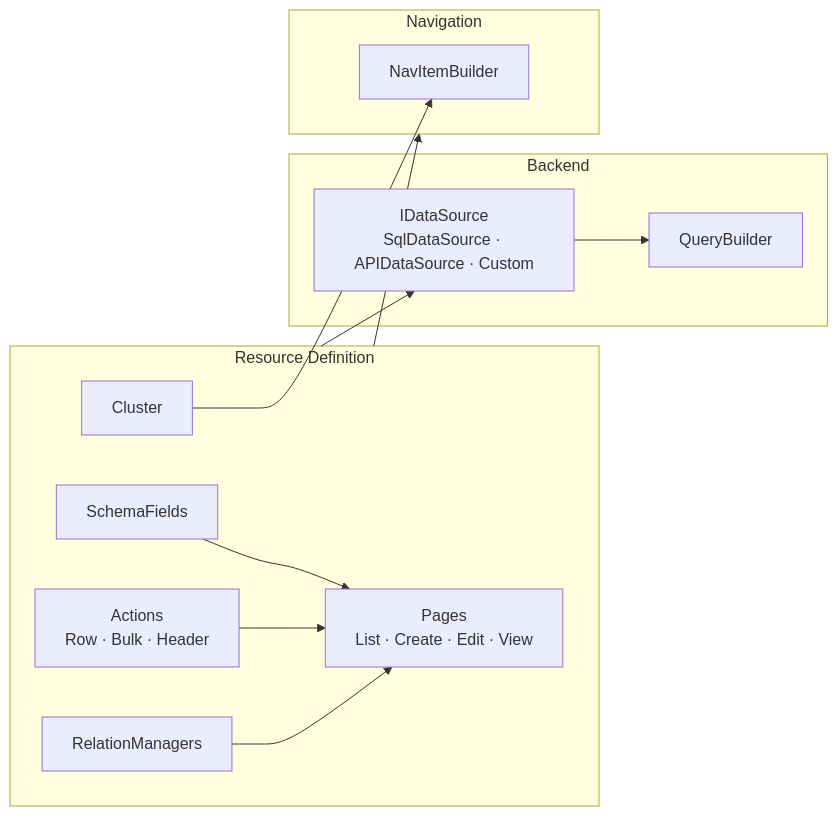
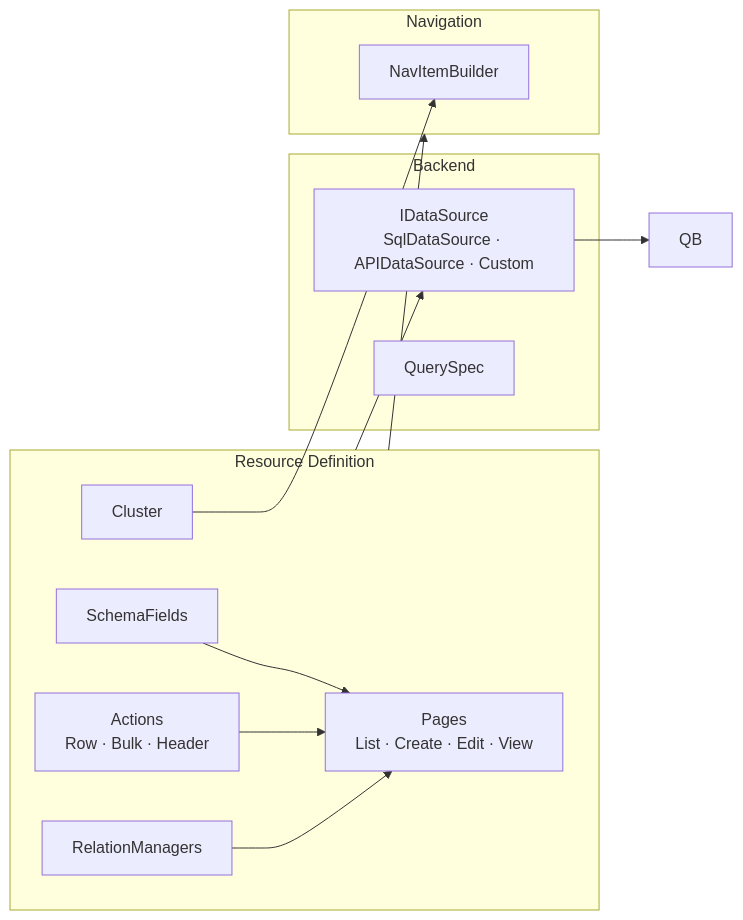
One commit to dbtinoy-/lexigram-framework-docs changed the fourth of 8 diagrams in src/content/docs/experimental/lexigram-admin/docs/ARCHITECTURE.md. Above: the diagram before and after it, drawn with Mermaid. The commit also changed 66 other files, not shown here.

````diff
--- a/src/content/docs/experimental/lexigram-admin/docs/ARCHITECTURE.md
+++ b/src/content/docs/experimental/lexigram-admin/docs/ARCHITECTURE.md
@@ -111,25 +111,25 @@
 ```mermaid
 flowchart LR
     subgraph Resource[Resource Definition]
         F[SchemaFields]
         A[Actions<br/>Row · Bulk · Header]
         P[Pages<br/>List · Create · Edit · View]
         R[RelationManagers]
         C[Cluster]
     end
     subgraph Backend
         DS[IDataSource<br/>SqlDataSource · APIDataSource · Custom]
-        QB[QueryBuilder]
+        QS[QuerySpec]
     end
     subgraph Navigation[Navigation]
         NB[NavItemBuilder]
     end
 
     Resource --> DS
     DS --> QB
     Resource --> Navigation
     F --> P
     A --> P
     R --> P
     C --> NB
 ```
````
